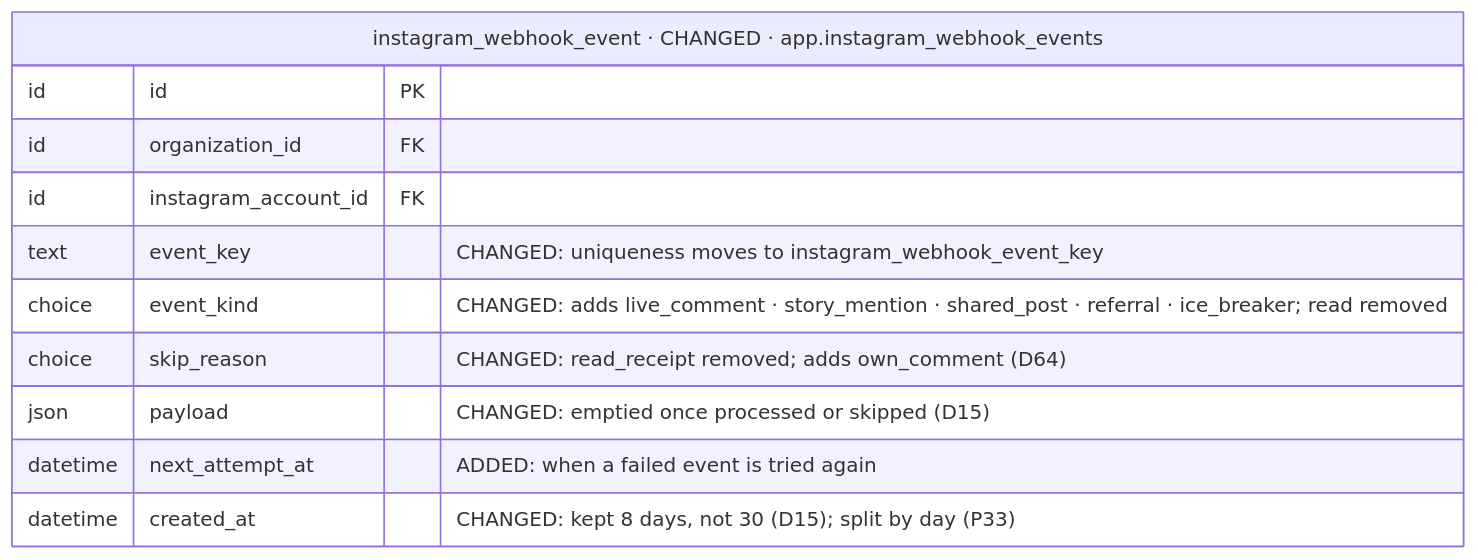
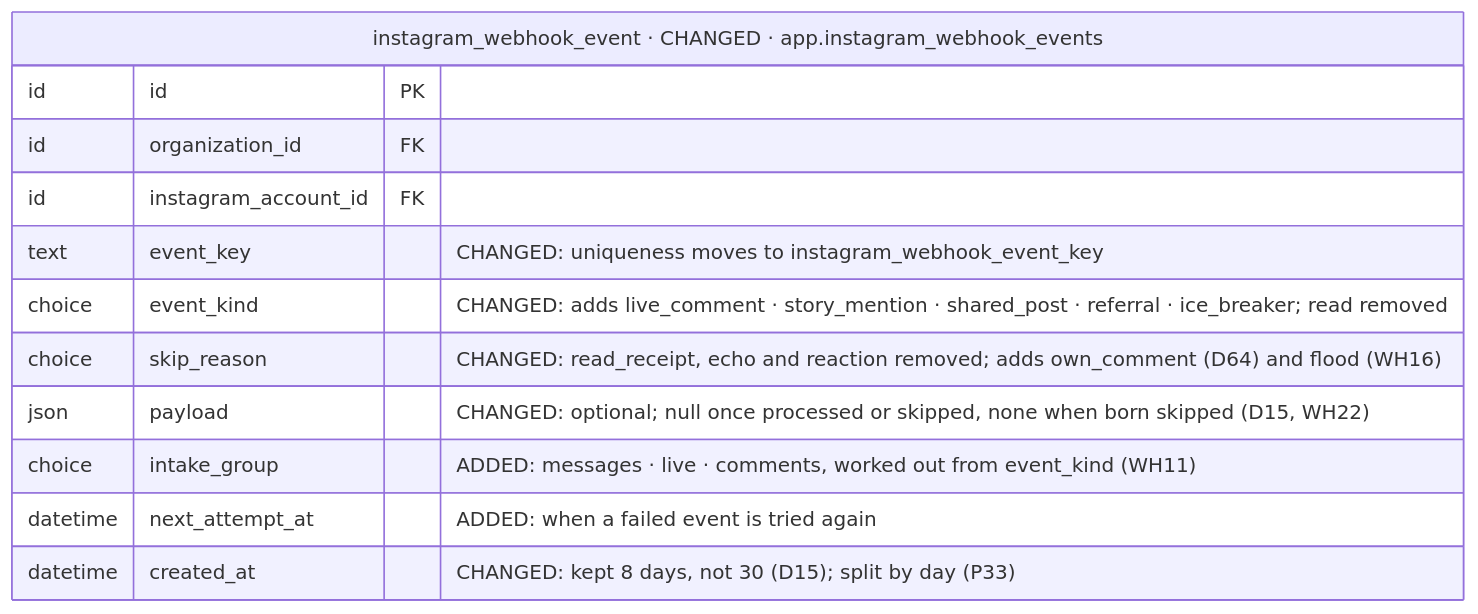
One commit to albetrios/meepzo-be changed diagram 17 of 39 in iterations/feat-instagram-dm-sending-2026-11-23-oxak/plans/db-changes.md. Above: the diagram before and after it, drawn with Mermaid. The commit also changed other lines of this file and 2 other files, not shown here.

````diff
--- a/iterations/feat-instagram-dm-sending-2026-11-23-oxak/plans/db-changes.md
+++ b/iterations/feat-instagram-dm-sending-2026-11-23-oxak/plans/db-changes.md
@@ -832,14 +858,15 @@
 ```mermaid
 erDiagram
   instagram_webhook_event["instagram_webhook_event · CHANGED · app.instagram_webhook_events"] {
     id id PK
     id organization_id FK
     id instagram_account_id FK
     text event_key "CHANGED: uniqueness moves to instagram_webhook_event_key"
     choice event_kind "CHANGED: adds live_comment · story_mention · shared_post · referral · ice_breaker; read removed"
-    choice skip_reason "CHANGED: read_receipt removed; adds own_comment (D64)"
-    json payload "CHANGED: emptied once processed or skipped (D15)"
+    choice skip_reason "CHANGED: read_receipt, echo and reaction removed; adds own_comment (D64) and flood (WH16)"
+    json payload "CHANGED: optional; null once processed or skipped, none when born skipped (D15, WH22)"
+    choice intake_group "ADDED: messages · live · comments, worked out from event_kind (WH11)"
     datetime next_attempt_at "ADDED: when a failed event is tried again"
     datetime created_at "CHANGED: kept 8 days, not 30 (D15); split by day (P33)"
   }
 ```
````
